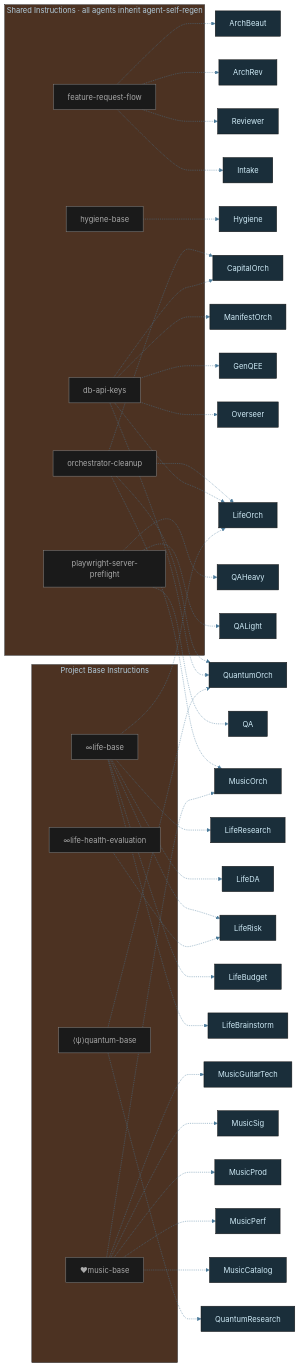
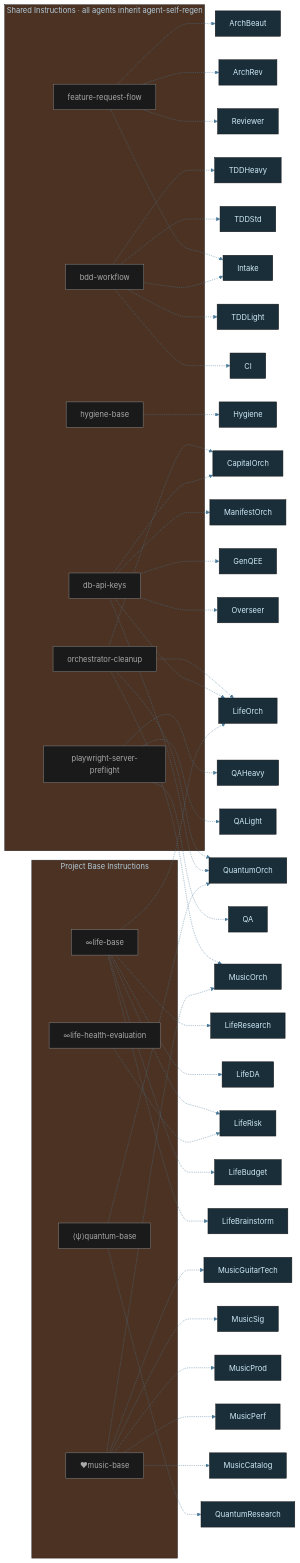
One commit to tylerdrakemusic/-Workspace changed the diagram in diagrams/workspace-agent-topology-instructions.mmd. Above: the diagram before and after it, drawn with Mermaid. The commit also changed 6 other files, not shown here.

Commit message:
⊕ workspace: document BDD workflow integration

```diff
--- a/diagrams/workspace-agent-topology-instructions.mmd
+++ b/diagrams/workspace-agent-topology-instructions.mmd
@@ -1,34 +1,36 @@
 %%{init: {'theme': 'base', 'themeVariables': {'primaryColor': '#1a2e3a', 'primaryTextColor': '#d0ecf8', 'edgeLabelBackground': '#0f1318', 'lineColor': '#4a7a9a'}}}%%
 %% Derived view of workspace-agent-topology.mmd: shared and project-base instruction inheritance.
 graph LR
     subgraph INSTR["Shared Instructions · all agents inherit agent-self-regen"]
         FRFlow["feature-request-flow"]
+        BDDFlow["bdd-workflow"]
         HygBase["hygiene-base"]
         OrcClean["orchestrator-cleanup"]
         DbKeys["db-api-keys"]
         PlayPreflight["playwright-server-preflight"]
     end
 
     subgraph PINSTR["Project Base Instructions"]
         LifeBase["∞life-base"]
         HealthEval["∞life-health-evaluation"]
         MusicBase["❤music-base"]
         QuantumBase["⟨ψ⟩quantum-base"]
     end
 
     %% ── Instruction inheritance (dashed) ──
     FRFlow -.-> Intake & Reviewer & ArchRev & ArchBeaut
+    BDDFlow -.-> Intake & CI & TDDLight & TDDStd & TDDHeavy
     HygBase -.-> Hygiene
     OrcClean -.-> LifeOrch & MusicOrch & QuantumOrch & CapitalOrch
     DbKeys -.-> Overseer & GenQEE & LifeOrch & QuantumOrch & ManifestOrch & CapitalOrch
     PlayPreflight -.-> QA & QALight & QAHeavy
 
     LifeBase -.-> LifeOrch & LifeBrainstorm & LifeBudget & LifeDA & LifeResearch & LifeRisk
     HealthEval -.-> LifeRisk
     MusicBase -.-> MusicOrch & MusicCatalog & MusicPerf & MusicProd & MusicSig & MusicGuitarTech
     QuantumBase -.-> QuantumOrch & QuantumResearch
 
     %% ── Class assignments ──
-    class FRFlow,HygBase,OrcClean,DbKeys,PlayPreflight,LifeBase,HealthEval,MusicBase,QuantumBase instr
+    class FRFlow,BDDFlow,HygBase,OrcClean,DbKeys,PlayPreflight,LifeBase,HealthEval,MusicBase,QuantumBase instr
 
 classDef instr    fill:#1a1a1a,stroke:#888,color:#aaa
```
